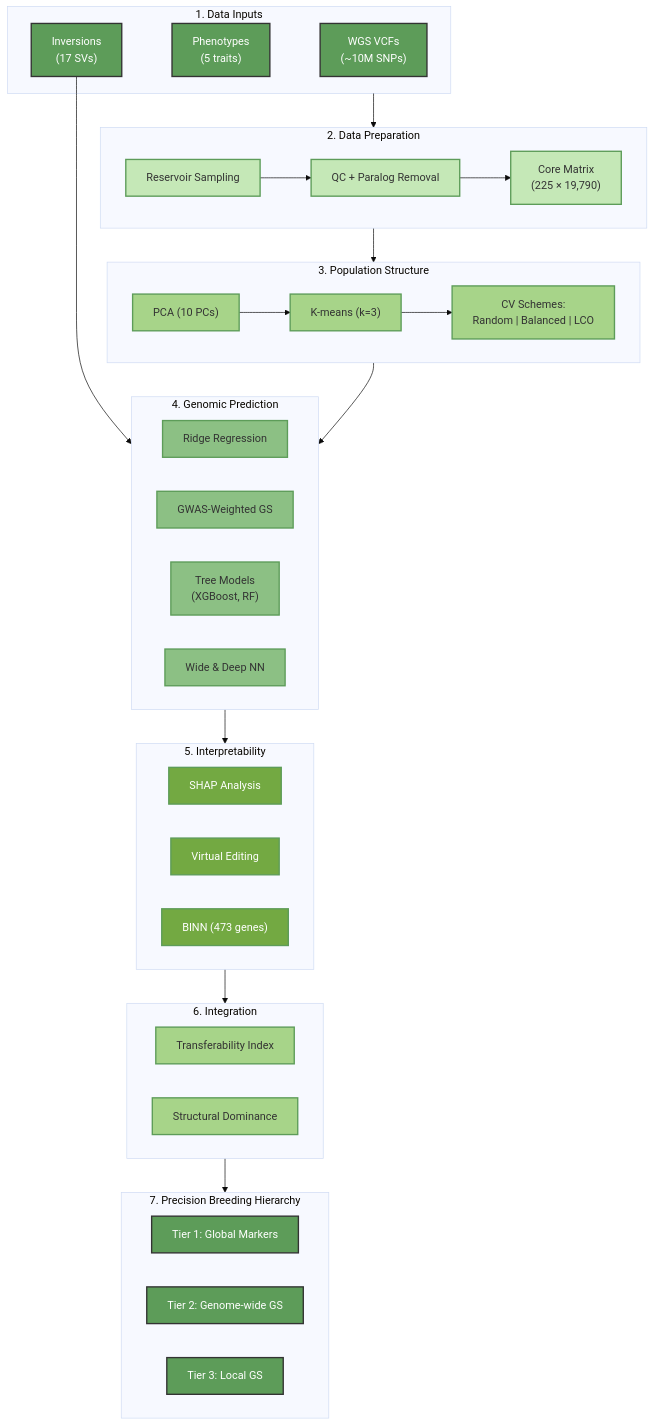
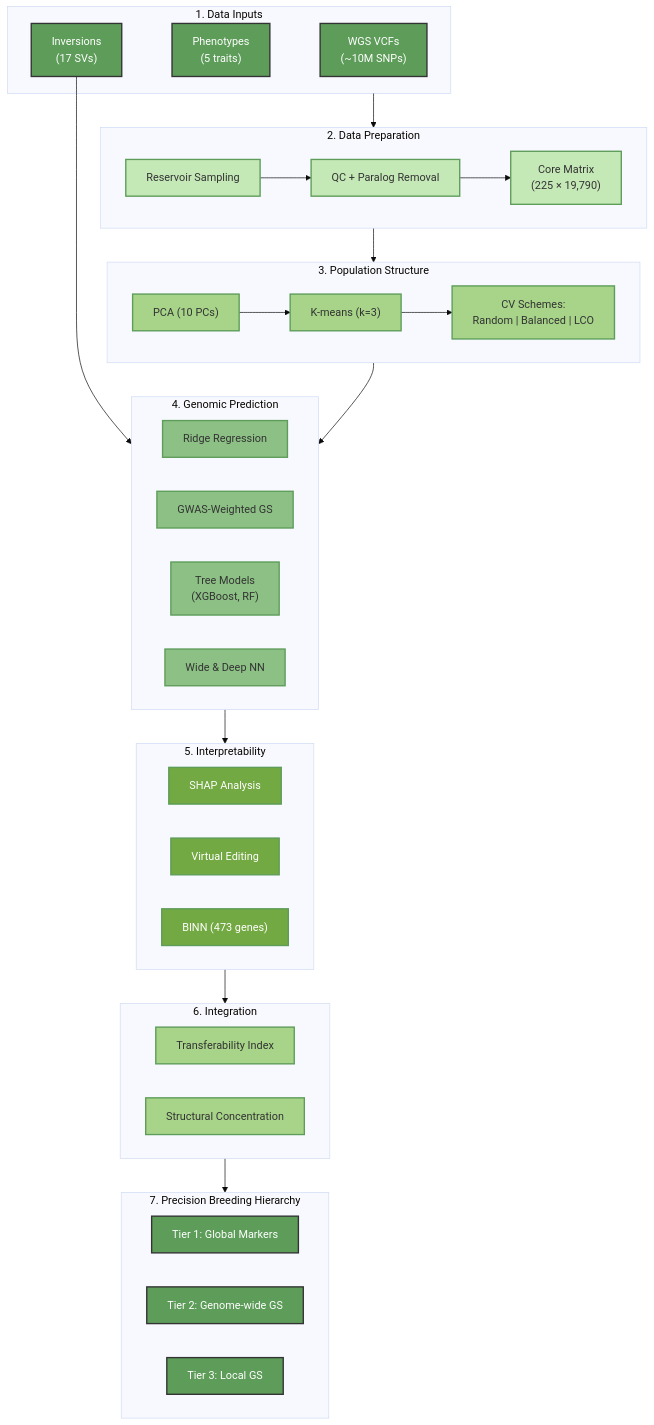
The first of 2 diagrams in README.md (shoaibms/mango), drawn with Mermaid (base theme) before and after one commit. The commit also changed other lines of this file, not shown here.

````diff
--- a/README.md
+++ b/README.md
@@ -56,70 +55,70 @@
 ```mermaid
 flowchart TB
     subgraph Input["1. Data Inputs"]
         I1["WGS VCFs<br/>(~10M SNPs)"]
         I2["Phenotypes<br/>(5 traits)"]
         I3["Inversions<br/>(17 SVs)"]
     end
 
     subgraph Prep["2. Data Preparation"]
         P1["Reservoir Sampling"]
         P2["QC + Paralog Removal"]
         P3["Core Matrix<br/>(225 × 19,790)"]
         P1 --> P2 --> P3
     end
 
     subgraph Struct["3. Population Structure"]
         S1["PCA (10 PCs)"]
         S2["K-means (k=3)"]
         S3["CV Schemes:<br/>Random | Balanced | LCO"]
         S1 --> S2 --> S3
     end
 
     subgraph Models["4. Genomic Prediction"]
         M1["Ridge Regression"]
         M2["GWAS-Weighted GS"]
         M3["Tree Models<br/>(XGBoost, RF)"]
         M4["Wide & Deep NN"]
     end
 
     subgraph Interp["5. Interpretability"]
         N1["SHAP Analysis"]
         N2["Virtual Editing"]
         N3["BINN (473 genes)"]
     end
 
     subgraph Integ["6. Integration"]
         G1["Transferability Index"]
-        G2["Structural Dominance"]
+        G2["Structural Concentration"]
     end
 
     subgraph Output["7. Precision Breeding Hierarchy"]
         O1["Tier 1: Global Markers"]
         O2["Tier 2: Genome-wide GS"]
         O3["Tier 3: Local GS"]
     end
 
     Input --> Prep
     I3 --> Models
     Prep --> Struct
     Struct --> Models
     Models --> Interp
     Interp --> Integ
     Integ --> Output
 
     classDef inputStyle fill:#5d9c59,stroke:#333,stroke-width:2px,color:#fff
     classDef prepStyle fill:#c5e8b7,stroke:#5d9c59,stroke-width:2px,color:#333
     classDef structStyle fill:#a7d489,stroke:#5d9c59,stroke-width:2px,color:#333
     classDef modelStyle fill:#8cc084,stroke:#5d9c59,stroke-width:2px,color:#333
     classDef interpStyle fill:#73a942,stroke:#5d9c59,stroke-width:2px,color:#fff
     classDef integStyle fill:#a7d489,stroke:#5d9c59,stroke-width:2px,color:#333
     classDef outStyle fill:#5d9c59,stroke:#333,stroke-width:2px,color:#fff
 
     class I1,I2,I3 inputStyle
     class P1,P2,P3 prepStyle
     class S1,S2,S3 structStyle
     class M1,M2,M3,M4 modelStyle
     class N1,N2,N3 interpStyle
     class G1,G2 integStyle
     class O1,O2,O3 outStyle
 ```
````
